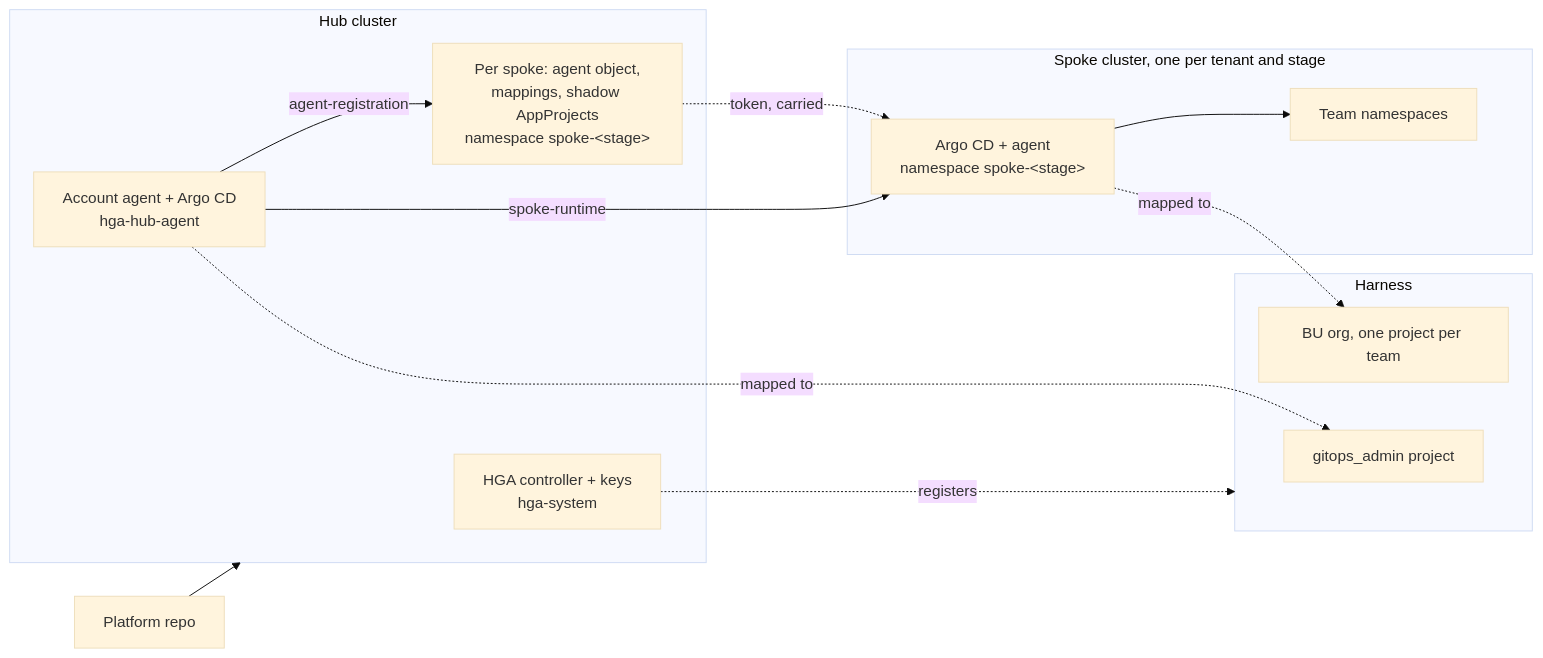
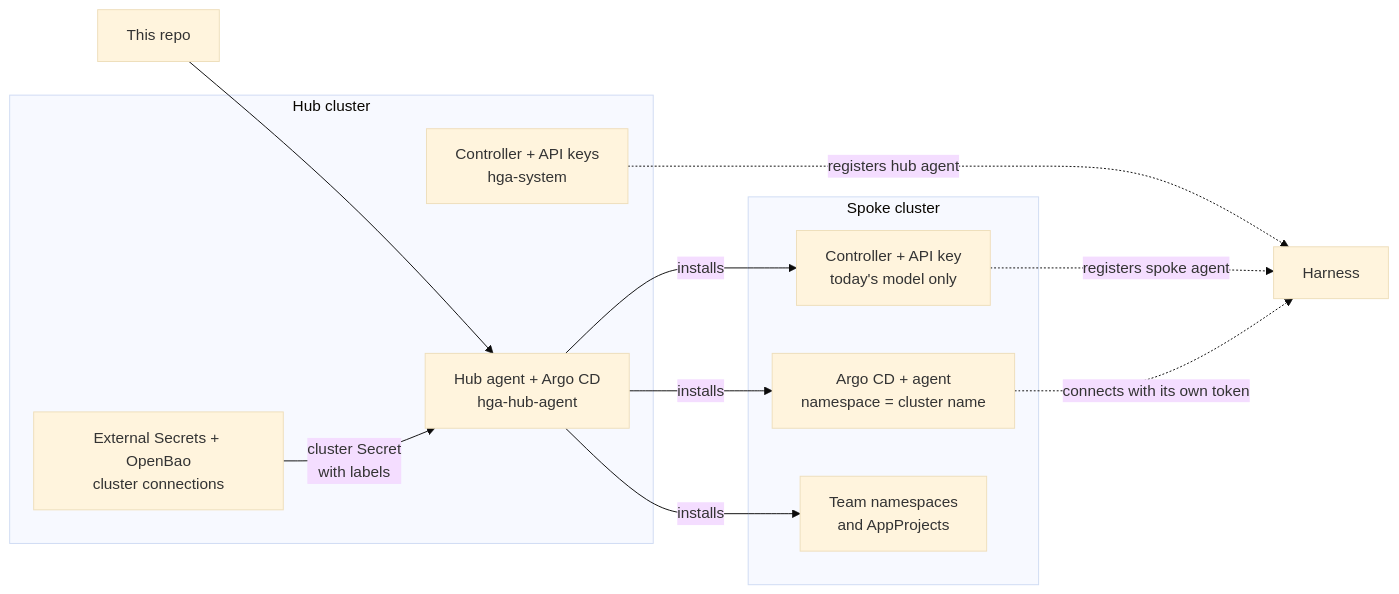
Before and after one commit to harness-landing-zone/harness-gitops: the diagram in README.md, drawn with Mermaid (base theme). The commit also changed other lines of this file and 3 other files, not shown here.

Commit message:
Describe the end-to-end architecture and update the README

````diff
--- a/README.md
+++ b/README.md
@@ -14,24 +28,21 @@
 ```mermaid
 flowchart LR
-  platform["Platform repo"] --> hub
+  git["This repo"] --> hubargo
   subgraph hub["Hub cluster"]
-    ctrl["HGA controller + keys<br/>hga-system"]
-    hubagent["Account agent + Argo CD<br/>hga-hub-agent"]
-    reg["Per spoke: agent object,<br/>mappings, shadow AppProjects<br/>namespace spoke-&lt;stage&gt;"]
+    ctrl["Controller + API keys<br/>hga-system"]
+    hubargo["Hub agent + Argo CD<br/>hga-hub-agent"]
+    eso["External Secrets + OpenBao<br/>cluster connections"]
   end
-  subgraph spoke["Spoke cluster, one per tenant and stage"]
-    rt["Argo CD + agent<br/>namespace spoke-&lt;stage&gt;"]
-    work["Team namespaces"]
+  subgraph spoke["Spoke cluster"]
+    sctrl["Controller + API key<br/>today's model only"]
+    rt["Argo CD + agent<br/>namespace = cluster name"]
+    teams["Team namespaces<br/>and AppProjects"]
   end
-  hubagent -- "agent-registration" --> reg
-  hubagent -- "spoke-runtime" --> rt
-  reg -. "token, carried" .-> rt
-  rt --> work
-  ctrl -. registers .-> harness
-  subgraph harness["Harness"]
-    admin["gitops_admin project"]
-    teams["BU org, one project per team"]
-  end
-  hubagent -. mapped to .-> admin
-  rt -. mapped to .-> teams
+  eso -- "cluster Secret<br/>with labels" --> hubargo
+  hubargo -- "installs" --> sctrl
+  hubargo -- "installs" --> rt
+  hubargo -- "installs" --> teams
+  ctrl -. "registers hub agent" .-> harness["Harness"]
+  sctrl -. "registers spoke agent" .-> harness
+  rt -. "connects with its own token" .-> harness
 ```
````
